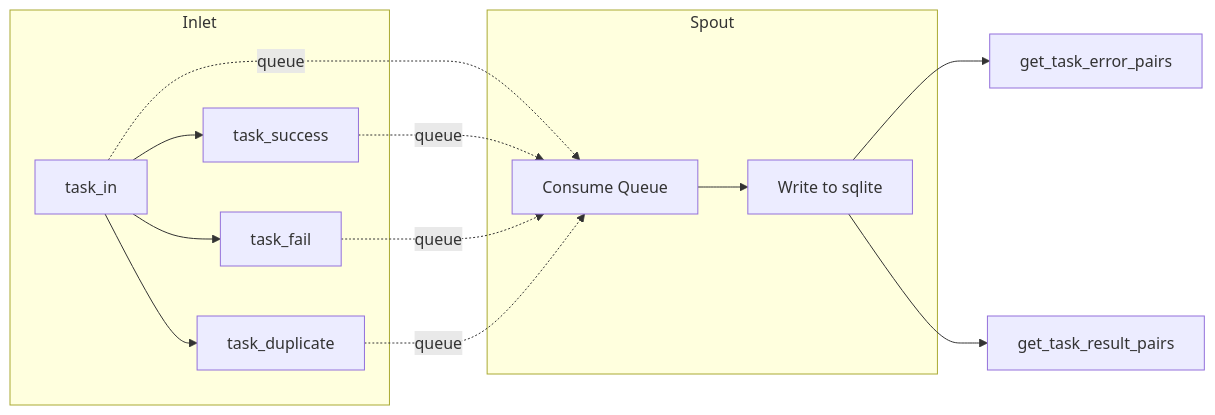
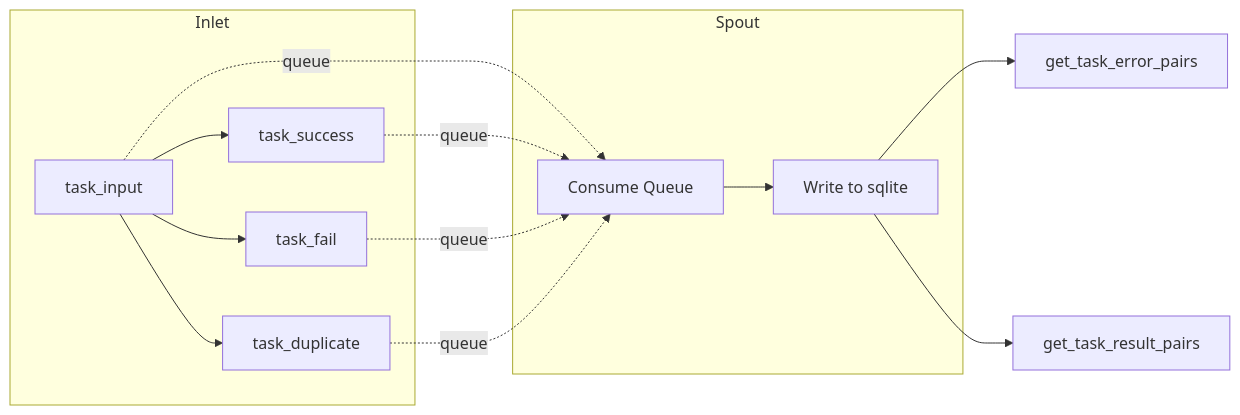
Before and after one commit to Mr-xiaotian/CelestialFlow: the diagram in docs/en/tests/persistence/test_lifecycle.md, drawn with Mermaid. The commit also changed other lines of this file and 181 other files, not shown here.

````diff
--- a/docs/en/tests/persistence/test_lifecycle.md
+++ b/docs/en/tests/persistence/test_lifecycle.md
@@ -39,17 +40,17 @@
 ```mermaid
 flowchart LR
     subgraph Inlet
-        A[task_in] --> B[task_success]
+        A[task_input] --> B[task_success]
         A --> C[task_fail]
         A --> D[task_duplicate]
     end
     subgraph Spout
         E[Consume Queue] --> F[Write to sqlite]
     end
     A -.->|queue| E
     B -.->|queue| E
     C -.->|queue| E
     D -.->|queue| E
     F --> G[get_task_error_pairs]
     F --> H[get_task_result_pairs]
 ```
````
